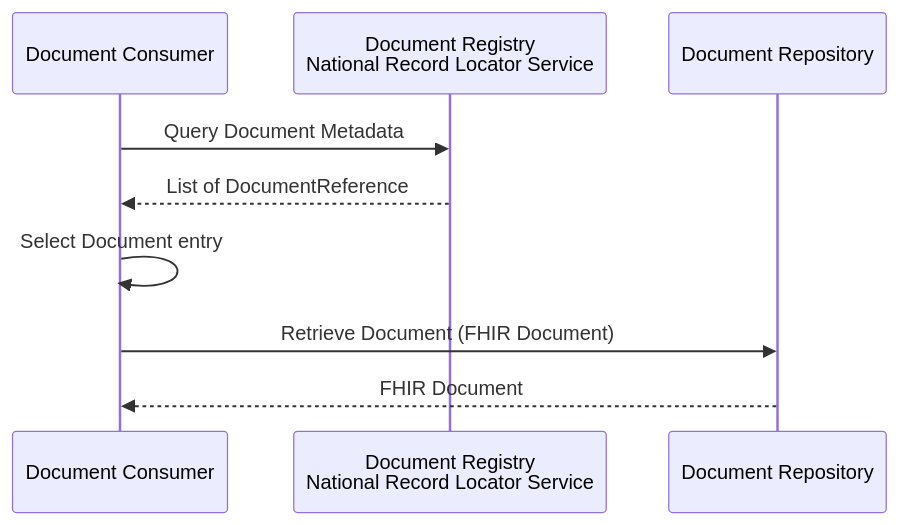
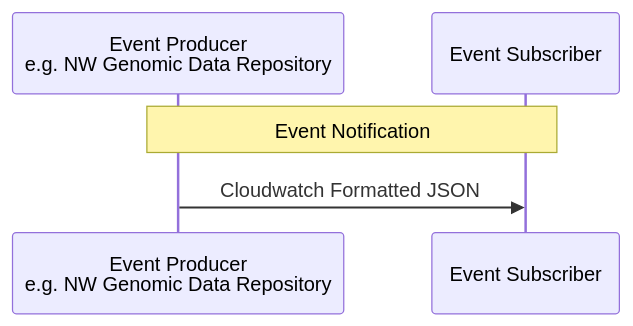
One commit to uk-gov-mirror/nw-gmsa.nw-gmsa.github.com changed the sixth of 6 diagrams in input/pagecontent/workflow-report-options.md. Above: the diagram before and after it, drawn with Mermaid. The commit also changed other lines of this file, not shown here.

````diff
--- a/input/pagecontent/workflow-report-options.md
+++ b/input/pagecontent/workflow-report-options.md
@@ -102,12 +107,8 @@
 ```mermaid
 sequenceDiagram
-    participant Consumer As Document Consumer
-    participant Registry As Document Registry<br/>National Record Locator Service
-    participant Repository As Document Repository
-
-    Consumer ->> Registry: Query Document Metadata
-    Registry -->> Consumer: List of DocumentReference
-    Consumer ->> Consumer: Select Document entry
-    Consumer ->> Repository: Retrieve Document (FHIR Document)
-    Repository -->> Consumer: FHIR Document
+    participant Producer As Event Producer<br/>e.g. NW Genomic Data Repository
+    participant Consumer As Event Subscriber
+   
+    Note over Producer,Consumer: Event Notification 
+    Producer ->> Consumer: Cloudwatch Formatted JSON
 ```
````
